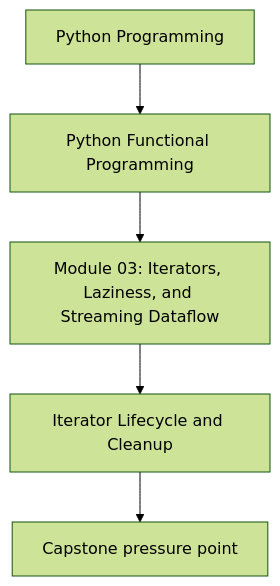
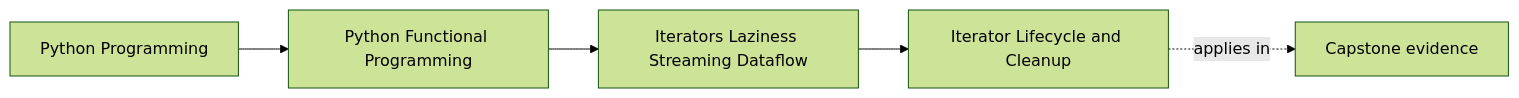
The first of 2 diagrams in programs/python-programming/python-functional-programming/course-book/module-03-iterators-laziness-streaming-dataflow/iterator-lifecycle-and-cleanup.md (bijux/bijux-masterclass), drawn with Mermaid (forest theme) before and after one commit. The commit also changed other lines of this file and 73 other files, not shown here.

Commit message:
docs(python-functional-programming): map orientation through streaming foundations

````diff
--- a/programs/python-programming/python-functional-programming/course-book/module-03-iterators-laziness-streaming-dataflow/iterator-lifecycle-and-cleanup.md
+++ b/programs/python-programming/python-functional-programming/course-book/module-03-iterators-laziness-streaming-dataflow/iterator-lifecycle-and-cleanup.md
@@ -7,7 +7,11 @@
 ```mermaid
-flowchart TD
-  family["Python Programming"] --> program["Python Functional Programming"]
-  program --> module["Module 03: Iterators, Laziness, and Streaming Dataflow"]
-  module --> concept["Iterator Lifecycle and Cleanup"]
-  concept --> capstone["Capstone pressure point"]
+graph LR
+  family["Python Programming"]
+  program["Python Functional Programming"]
+  section["Iterators Laziness Streaming Dataflow"]
+  page["Iterator Lifecycle and Cleanup"]
+  capstone["Capstone evidence"]
+
+  family --> program --> section --> page
+  page -.applies in.-> capstone
 ```
````
